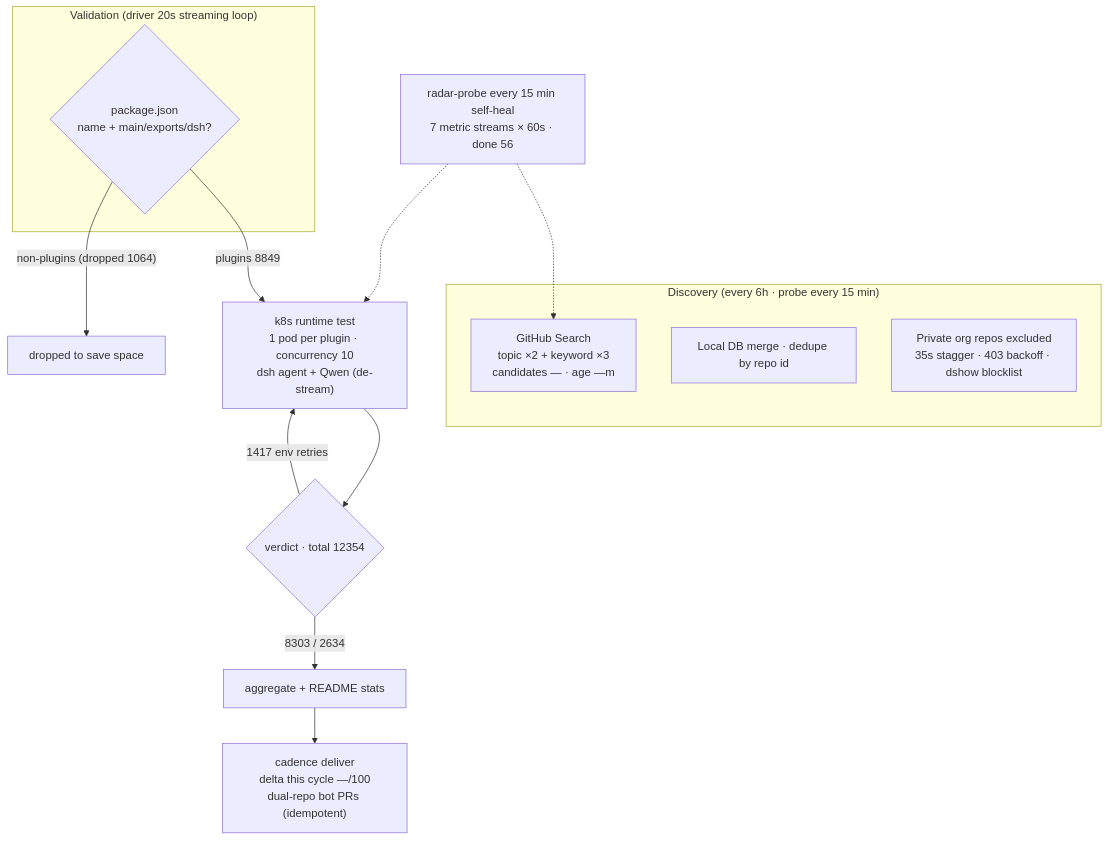
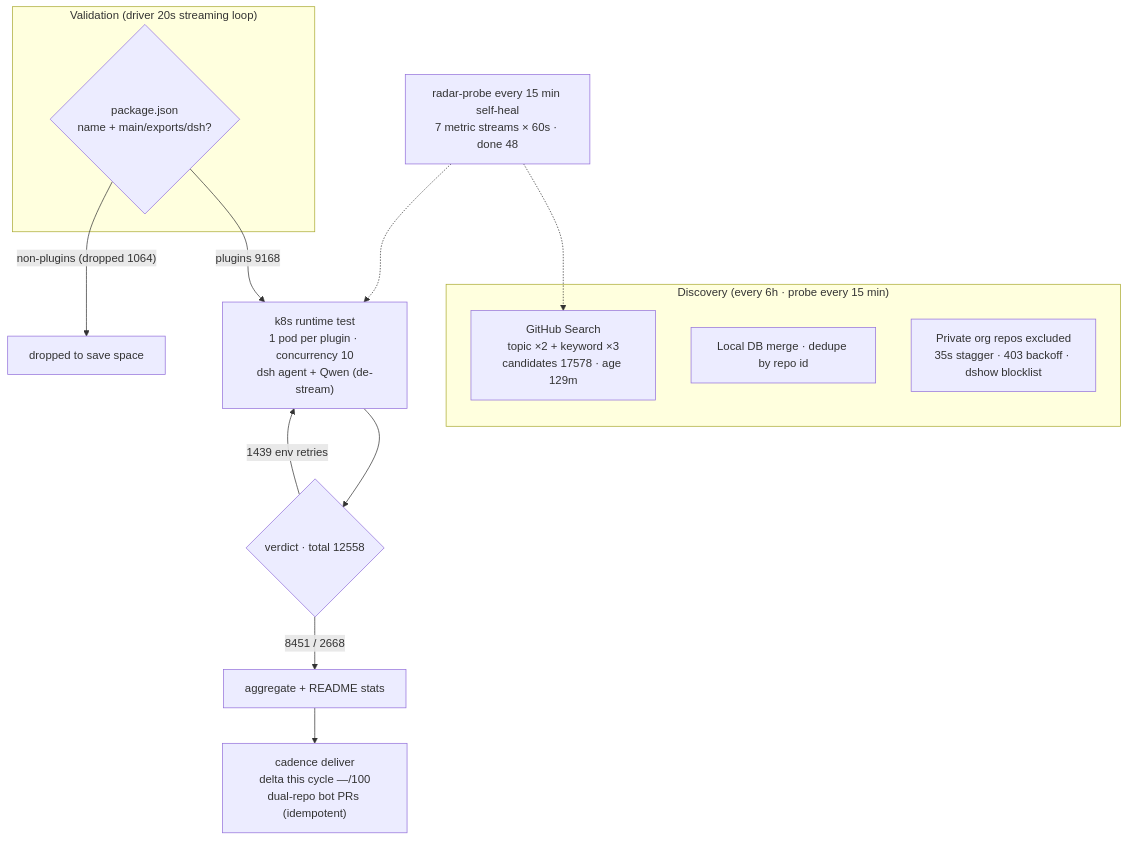
The diagram in README.en-US.md (Zhidao-Lab-OSS/awesome-dsh-plugins), drawn with Mermaid before and after one commit. The commit also changed other lines of this file and 1 other file, not shown here.

````diff
--- a/README.en-US.md
+++ b/README.en-US.md
@@ -45,20 +45,20 @@
 ```mermaid
 flowchart TB
     subgraph Discovery["Discovery (every 6h · probe every 15 min)"]
-        A1["GitHub Search<br/>topic ×2 + keyword ×3<br/>candidates — · age —m"]
+        A1["GitHub Search<br/>topic ×2 + keyword ×3<br/>candidates 17578 · age 129m"]
         A2["Local DB merge · dedupe by repo id"]
         A3["Private org repos excluded<br/>35s stagger · 403 backoff · dshow blocklist"]
     end
     subgraph Validation["Validation (driver 20s streaming loop)"]
         B1{"package.json<br/>name + main/exports/dsh?"}
     end
-    B1 -->|"plugins 8849"| C1["k8s runtime test<br/>1 pod per plugin · concurrency 10<br/>dsh agent + Qwen (de-stream)"]
+    B1 -->|"plugins 9168"| C1["k8s runtime test<br/>1 pod per plugin · concurrency 10<br/>dsh agent + Qwen (de-stream)"]
     B1 -->|"non-plugins (dropped 1064)"| B3["dropped to save space"]
-    C1 --> D1{"verdict · total 12354"}
-    D1 -->|"8303 / 2634"| E1["aggregate + README stats"]
-    D1 -->|"1417 env retries"| C1
+    C1 --> D1{"verdict · total 12558"}
+    D1 -->|"8451 / 2668"| E1["aggregate + README stats"]
+    D1 -->|"1439 env retries"| C1
     E1 --> E2["cadence deliver<br/>delta this cycle —/100<br/>dual-repo bot PRs (idempotent)"]
-    M["radar-probe every 15 min self-heal<br/>7 metric streams × 60s · done 56"]
+    M["radar-probe every 15 min self-heal<br/>7 metric streams × 60s · done 48"]
     M -.-> A1
     M -.-> C1
 ```
````
